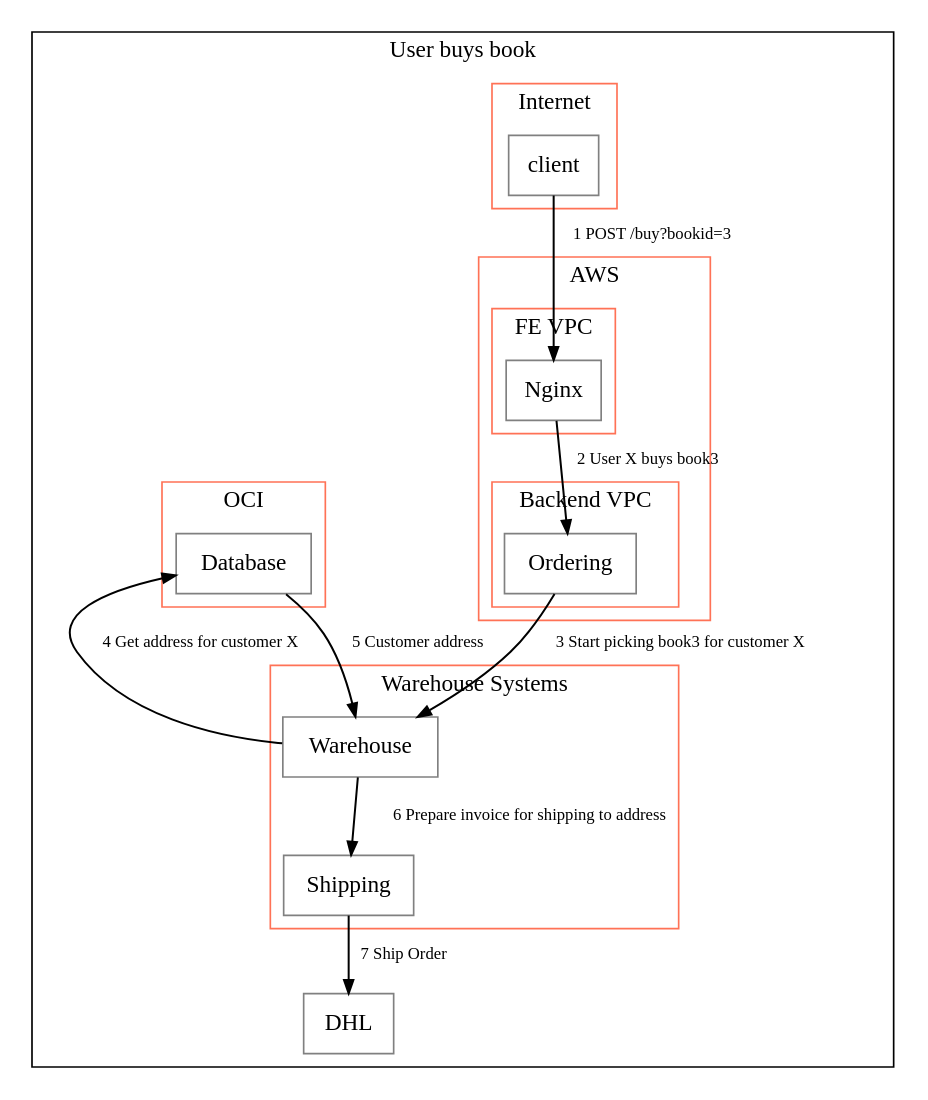
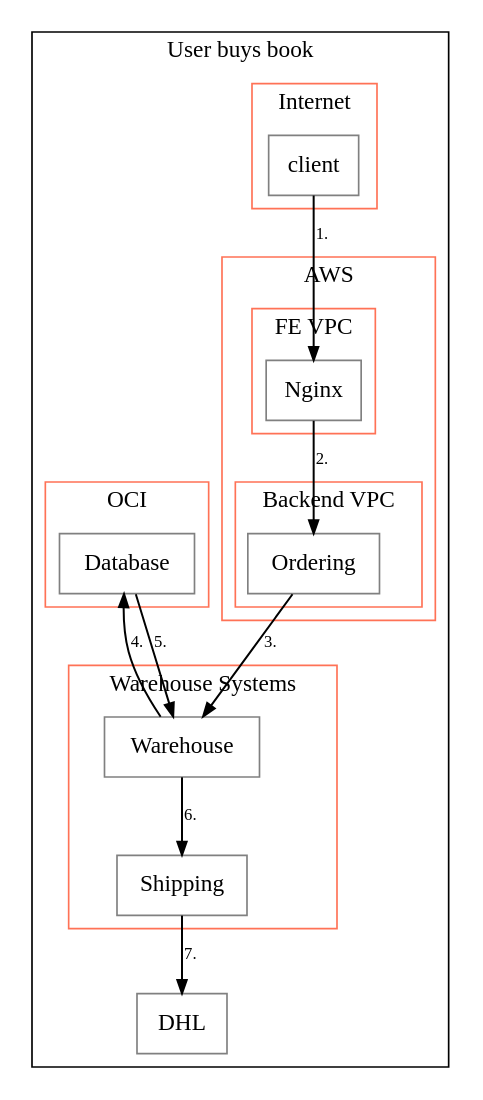
The diagram in examples/output/User buys book.dot (hyakuhei/ltm), drawn with Graphviz before and after one commit. The commit also changed 7 other files, not shown here.

```diff
--- a/examples/output/User buys book.dot
+++ b/examples/output/User buys book.dot
@@ -1,45 +1,45 @@
 digraph G {
 compound=true;
     subgraph cluster1 {
     label="User buys book";
     color="Black";
         node14 [label="DHL" shape="box", margin="0.1", color="Grey"];
         subgraph cluster2 {
         label="AWS";
         color="Coral1";
             subgraph cluster3 {
             label="FE VPC";
             color="Coral1";
                 node4 [label="Nginx" shape="box", margin="0.1", color="Grey"];
             }
             subgraph cluster7 {
             label="Backend VPC";
             color="Coral1";
                 node8 [label="Ordering" shape="box", margin="0.1", color="Grey"];
             }
         }
         subgraph cluster5 {
         label="Internet";
         color="Coral1";
             node6 [label="client" shape="box", margin="0.1", color="Grey"];
         }
         subgraph cluster9 {
         label="Warehouse Systems";
         color="Coral1";
             node10 [label="Warehouse" shape="box", margin="0.1", color="Grey"];
             node13 [label="Shipping" shape="box", margin="0.1", color="Grey"];
         }
         subgraph cluster11 {
         label="OCI";
         color="Coral1";
             node12 [label="Database" shape="box", margin="0.1", color="Grey"];
         }
     }
-node6->node4 [label="1 POST /buy?bookid=3" fontsize="10",penwidth="1.2",arrowsize="0.8"];
-node4->node8 [label="2 User X buys book3" fontsize="10",penwidth="1.2",arrowsize="0.8"];
-node8->node10 [label="3 Start picking book3 for customer X" fontsize="10",penwidth="1.2",arrowsize="0.8"];
-node10->node12 [label="4 Get address for customer X" fontsize="10",penwidth="1.2",arrowsize="0.8"];
-node12->node10 [label="5 Customer address" fontsize="10",penwidth="1.2",arrowsize="0.8"];
-node10->node13 [label="6 Prepare invoice for shipping to address" fontsize="10",penwidth="1.2",arrowsize="0.8"];
-node13->node14 [label="7 Ship Order" fontsize="10",penwidth="1.2",arrowsize="0.8"];
+node6->node4 [label="1." fontsize="10",penwidth="1.2",arrowsize="0.8"];
+node4->node8 [label="2." fontsize="10",penwidth="1.2",arrowsize="0.8"];
+node8->node10 [label="3." fontsize="10",penwidth="1.2",arrowsize="0.8"];
+node10->node12 [label="4." fontsize="10",penwidth="1.2",arrowsize="0.8"];
+node12->node10 [label="5." fontsize="10",penwidth="1.2",arrowsize="0.8"];
+node10->node13 [label="6." fontsize="10",penwidth="1.2",arrowsize="0.8"];
+node13->node14 [label="7." fontsize="10",penwidth="1.2",arrowsize="0.8"];
 }
```
